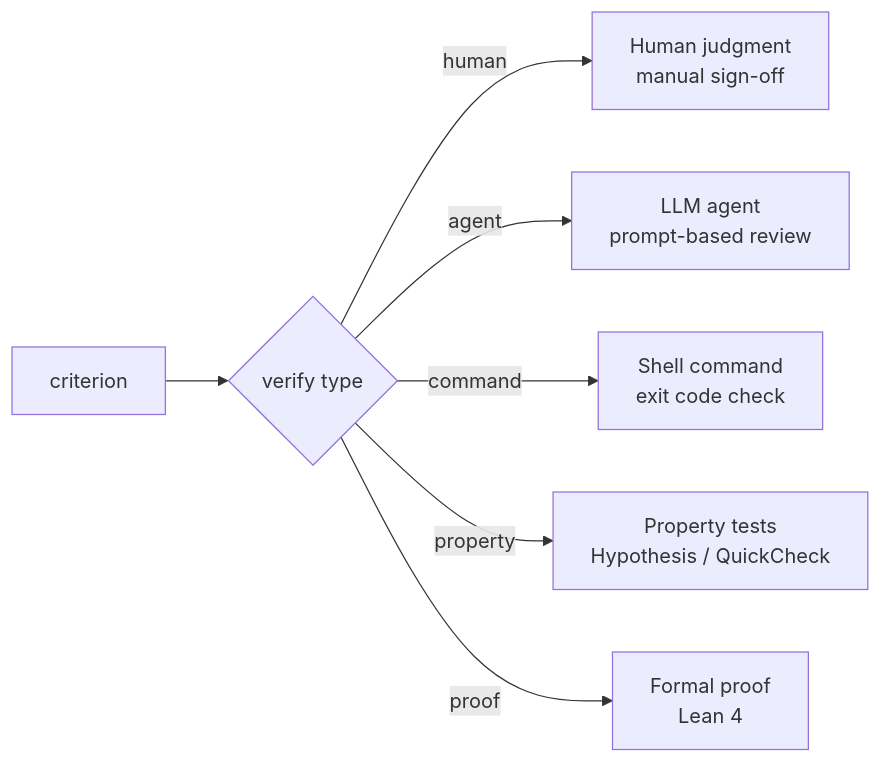
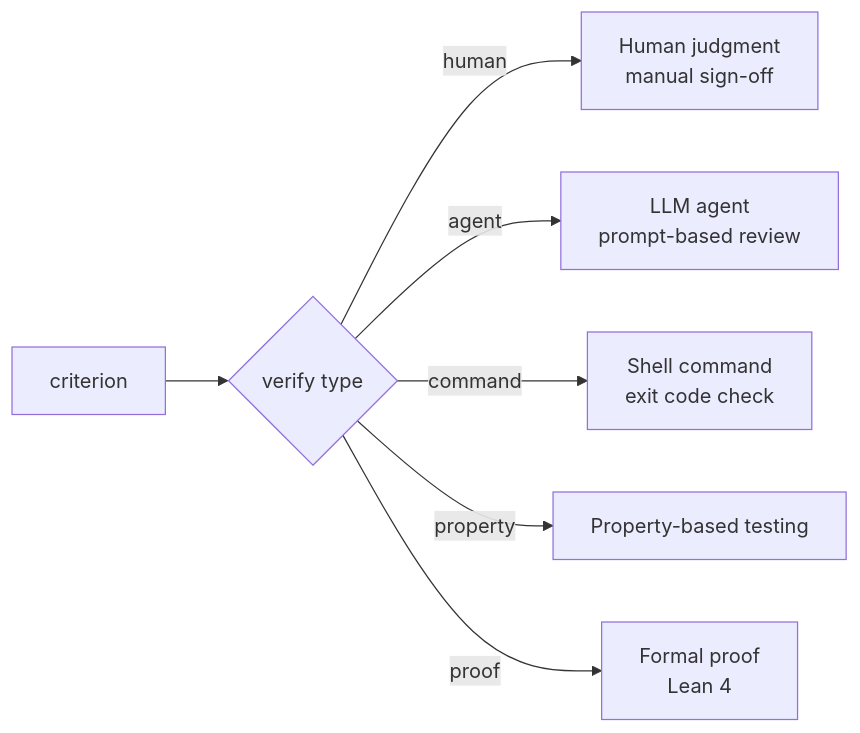
The second of 2 diagrams in docs/architecture.md (tskovlund/qed), drawn with Mermaid before and after one commit. The commit also changed other lines of this file and 14 other files, not shown here.

````diff
--- a/docs/architecture.md
+++ b/docs/architecture.md
@@ -97,9 +97,9 @@
 ```mermaid
 flowchart LR
     criterion --> verify{verify type}
     verify -->|human| human[Human judgment\nmanual sign-off]
     verify -->|agent| agent[LLM agent\nprompt-based review]
     verify -->|command| shell[Shell command\nexit code check]
-    verify -->|property| prop[Property tests\nHypothesis / QuickCheck]
+    verify -->|property| prop[Property-based testing]
     verify -->|proof| prover[Formal proof\nLean 4]
 ```
````
